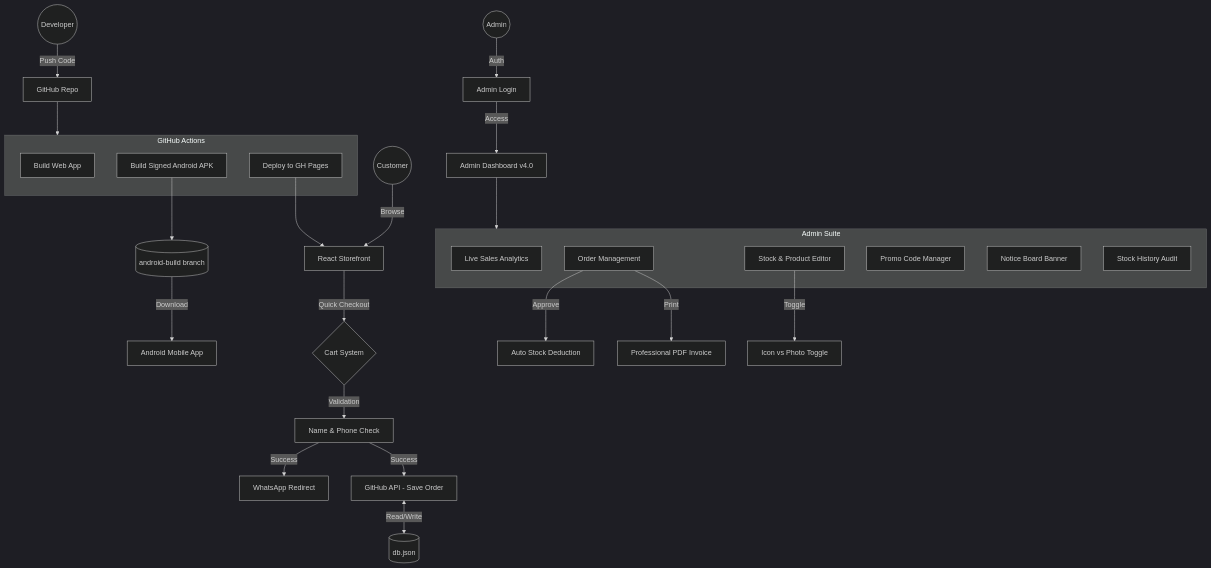
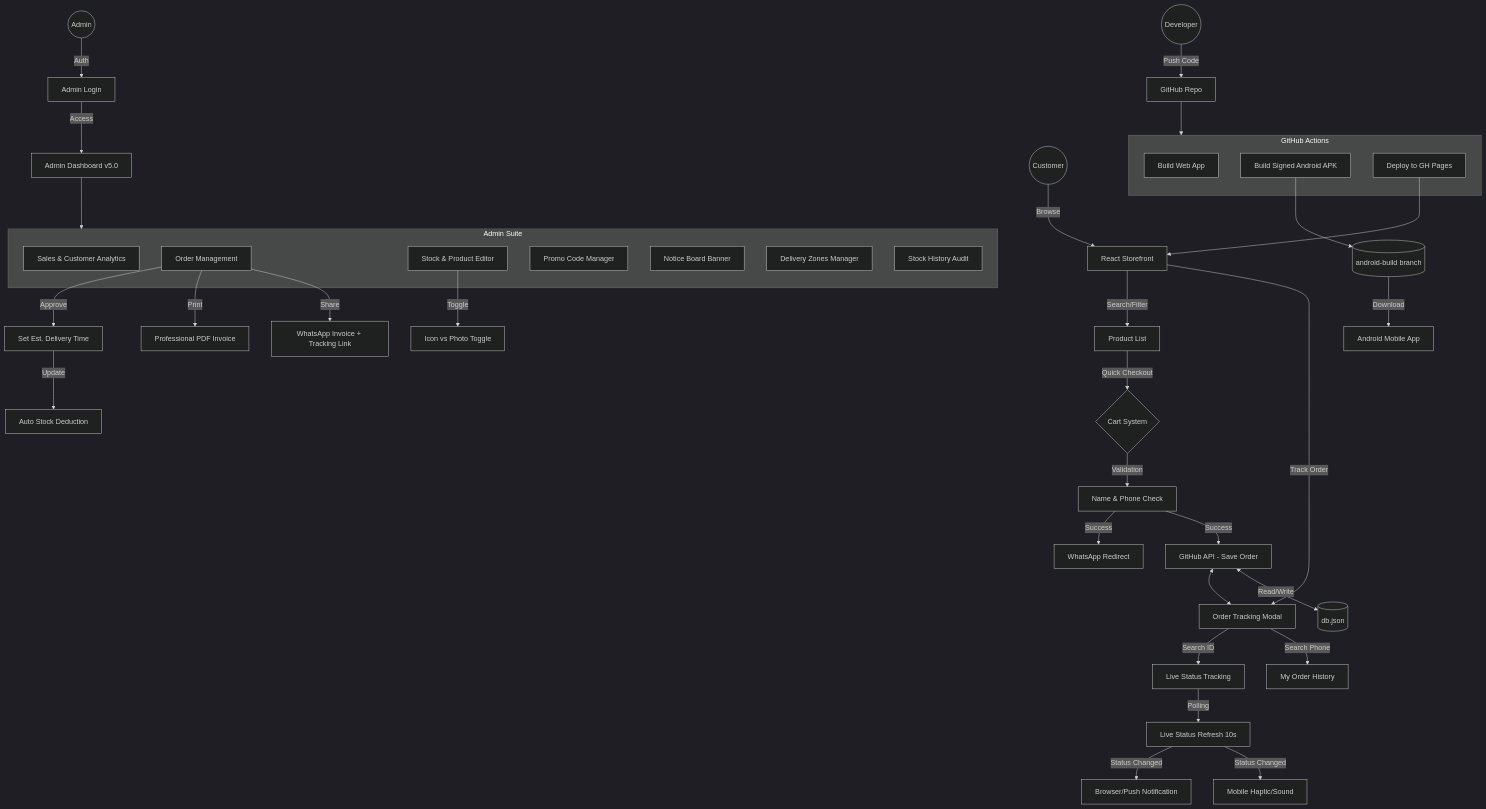
One commit to bhardwajkaran054/jamui changed the diagram in README.md. Above: the diagram before and after it, drawn with Mermaid (dark theme).

Commit message:
DOCS: Update Mermaid architecture diagram to v5.0 including Tracking and Order History

````diff
--- a/README.md
+++ b/README.md
@@ -39,44 +39,57 @@
 ```mermaid
 graph TD
     %% User/Customer Flow
     Customer((Customer)) -->|Browse| Storefront[React Storefront]
-    Storefront -->|Quick Checkout| Cart{Cart System}
+    Storefront -->|Search/Filter| Products[Product List]
+    Products -->|Quick Checkout| Cart{Cart System}
     Cart -->|Validation| Validation[Name & Phone Check]
     Validation -->|Success| WhatsApp[WhatsApp Redirect]
     Validation -->|Success| GH_API[GitHub API - Save Order]
-
+    
+    %% Order Tracking & History
+    Storefront -->|Track Order| Tracking[Order Tracking Modal]
+    Tracking -->|Search ID| SingleOrder[Live Status Tracking]
+    Tracking -->|Search Phone| OrderHistory[My Order History]
+    SingleOrder -->|Polling| LiveUpdate[Live Status Refresh 10s]
+    LiveUpdate -->|Status Changed| Notify[Browser/Push Notification]
+    LiveUpdate -->|Status Changed| Haptics[Mobile Haptic/Sound]
+    GH_API <--> Tracking
+    
     %% Admin Flow
     Admin((Admin)) -->|Auth| Login[Admin Login]
-    Login -->|Access| Dashboard[Admin Dashboard v4.0]
+    Login -->|Access| Dashboard[Admin Dashboard v5.0]
     
     subgraph Dashboard_Features [Admin Suite]
-        Analytics[Live Sales Analytics]
+        Analytics[Sales & Customer Analytics]
         Orders[Order Management]
         Inventory[Stock & Product Editor]
         Promo[Promo Code Manager]
         Notices[Notice Board Banner]
+        Zones[Delivery Zones Manager]
         Logs[Stock History Audit]
     end
     
     Dashboard --> Dashboard_Features
-    Orders -->|Approve| StockUpdate[Auto Stock Deduction]
+    Orders -->|Approve| EstDelivery[Set Est. Delivery Time]
+    EstDelivery -->|Update| StockUpdate[Auto Stock Deduction]
     Orders -->|Print| PDF[Professional PDF Invoice]
+    Orders -->|Share| WA_Invoice[WhatsApp Invoice + Tracking Link]
     Inventory -->|Toggle| Media[Icon vs Photo Toggle]
 
     %% CI/CD & Build Flow
     Developer((Developer)) -->|Push Code| GitHub[GitHub Repo]
     
     subgraph CI_CD [GitHub Actions]
         BuildWeb[Build Web App]
         BuildAPK[Build Signed Android APK]
         Deploy[Deploy to GH Pages]
     end
     
     GitHub --> CI_CD
     Deploy --> Storefront
     BuildAPK --> APK_Branch[(android-build branch)]
     APK_Branch -->|Download| AndroidApp[Android Mobile App]
 
     %% Database
     GH_API <-->|Read/Write| DB[(db.json)]
 ```
````
